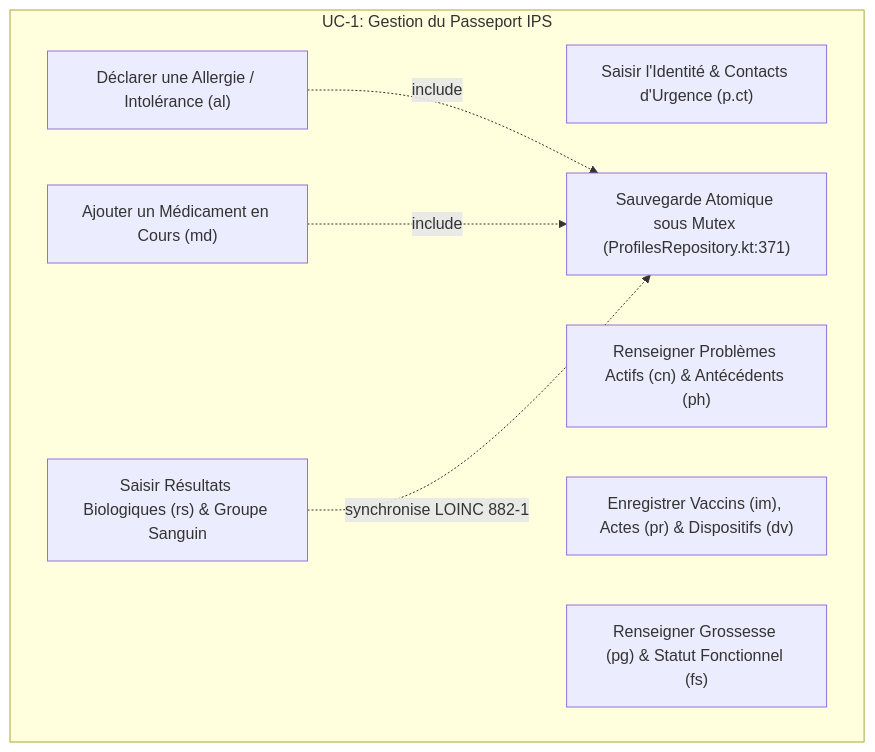
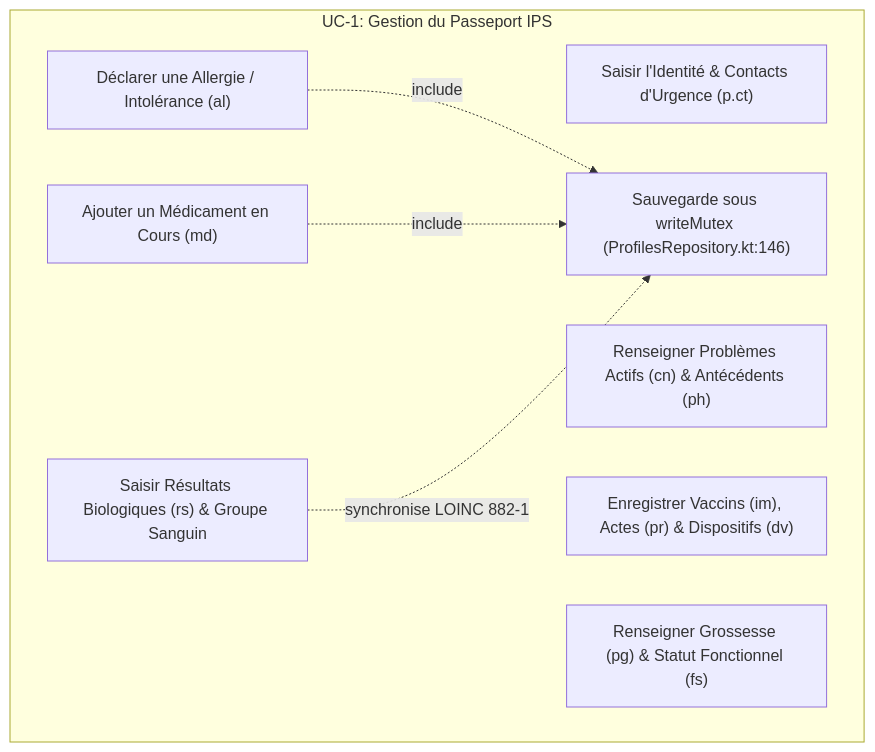
Before and after one commit to kurodohenroonsen/JemmaPass: the second of 21 diagrams in docs/DOCUMENTATION_UML_FONCTIONNELLE.md, drawn with Mermaid. The commit also changed other lines of this file and 1 other file, not shown here.

````diff
--- a/docs/DOCUMENTATION_UML_FONCTIONNELLE.md
+++ b/docs/DOCUMENTATION_UML_FONCTIONNELLE.md
@@ -138,17 +139,17 @@
 ```mermaid
 flowchart TD
     subgraph Gestion_Profil ["UC-1: Gestion du Passeport IPS"]
         UC1_1["Saisir l'Identité & Contacts d'Urgence (p.ct)"]
         UC1_2["Déclarer une Allergie / Intolérance (al)"]
         UC1_3["Ajouter un Médicament en Cours (md)"]
         UC1_4["Renseigner Problèmes Actifs (cn) & Antécédents (ph)"]
         UC1_5["Enregistrer Vaccins (im), Actes (pr) & Dispositifs (dv)"]
         UC1_6["Saisir Résultats Biologiques (rs) & Groupe Sanguin"]
         UC1_7["Renseigner Grossesse (pg) & Statut Fonctionnel (fs)"]
-        UC1_8["Sauvegarde Atomique sous Mutex (ProfilesRepository.kt:371)"]
+        UC1_8["Sauvegarde sous writeMutex (ProfilesRepository.kt:146)"]
     end
 
     UC1_2 -.->|include| UC1_8
     UC1_3 -.->|include| UC1_8
     UC1_6 -.->|synchronise LOINC 882-1| UC1_8
 ```
````
